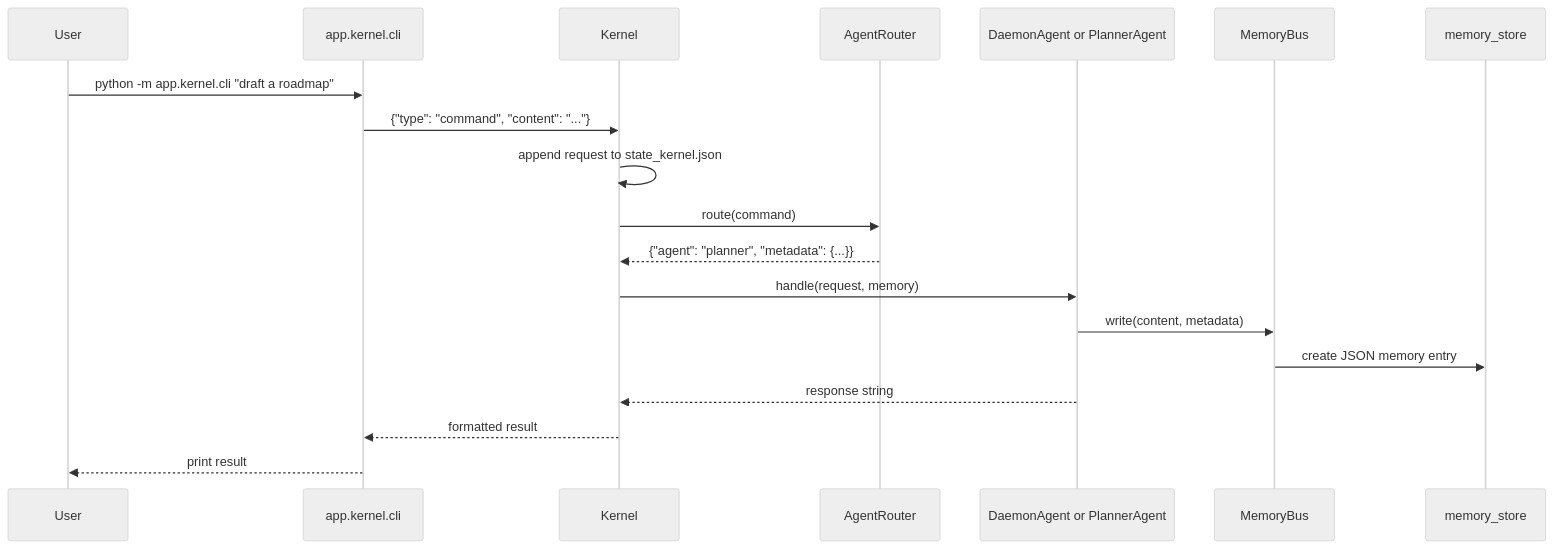
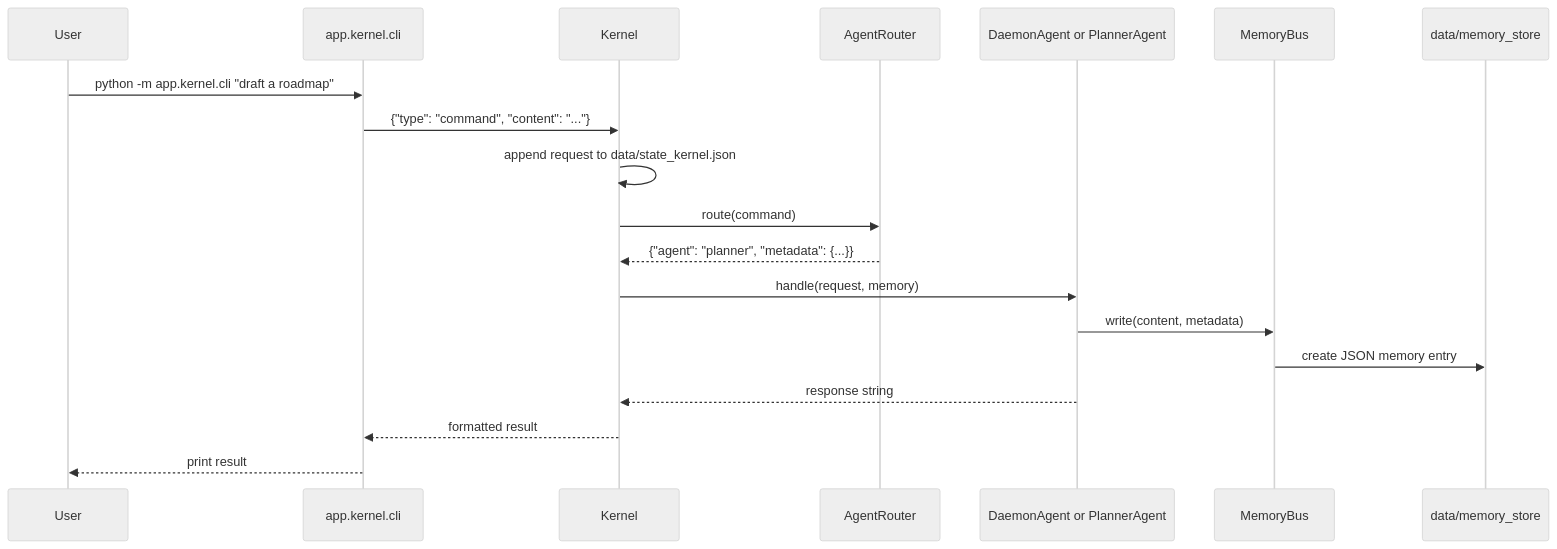
The second of 2 diagrams in docs/kernel.md (AgenticGovernace/AgenticGovernance-ArtemisCity), drawn with Mermaid (neutral theme) before and after one commit. The commit also changed other lines of this file and 39 other files, not shown here.

````diff
--- a/docs/kernel.md
+++ b/docs/kernel.md
@@ -64,22 +64,22 @@
 ```mermaid
 sequenceDiagram
     participant User
     participant CLI as app.kernel.cli
     participant Kernel as Kernel
     participant Router as AgentRouter
     participant Agent as DaemonAgent or PlannerAgent
     participant MemBus as MemoryBus
-    participant Store as memory_store
+    participant Store as data/memory_store
 
     User->>CLI: python -m app.kernel.cli "draft a roadmap"
     CLI->>Kernel: {"type": "command", "content": "..."}
-    Kernel->>Kernel: append request to state_kernel.json
+    Kernel->>Kernel: append request to data/state_kernel.json
     Kernel->>Router: route(command)
     Router-->>Kernel: {"agent": "planner", "metadata": {...}}
     Kernel->>Agent: handle(request, memory)
     Agent->>MemBus: write(content, metadata)
     MemBus->>Store: create JSON memory entry
     Agent-->>Kernel: response string
     Kernel-->>CLI: formatted result
     CLI-->>User: print result
 ```
````
